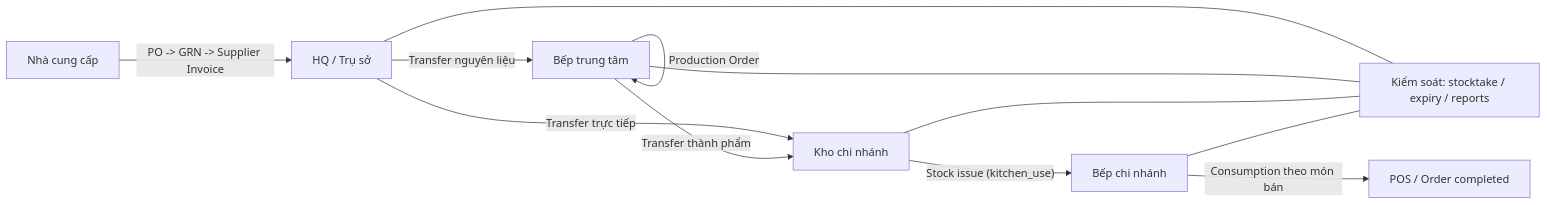
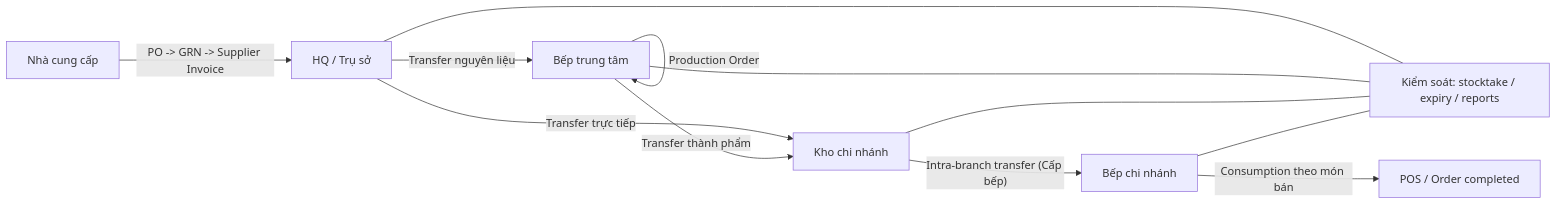
One commit to comtammatu/comtammatu changed the first of 11 diagrams in docs/worklog/inventory/inventory-ux-workflow-review.md. Above: the diagram before and after it, drawn with Mermaid. The commit also changed other lines of this file and 18 other files, not shown here.

````diff
--- a/docs/worklog/inventory/inventory-ux-workflow-review.md
+++ b/docs/worklog/inventory/inventory-ux-workflow-review.md
@@ -41,23 +41,23 @@
 ```mermaid
 flowchart LR
     SUP["Nhà cung cấp"]
     HQ["HQ / Trụ sở"]
     CK["Bếp trung tâm"]
     BW["Kho chi nhánh"]
     BK["Bếp chi nhánh"]
     POS["POS / Order completed"]
     CTRL["Kiểm soát: stocktake / expiry / reports"]
 
     SUP -->|"PO -> GRN -> Supplier Invoice"| HQ
     HQ -->|"Transfer nguyên liệu"| CK
     HQ -->|"Transfer trực tiếp"| BW
     CK -->|"Production Order"| CK
     CK -->|"Transfer thành phẩm"| BW
-    BW -->|"Stock issue (kitchen_use)"| BK
+    BW -->|"Intra-branch transfer (Cấp bếp)"| BK
     BK -->|"Consumption theo món bán"| POS
 
     HQ --- CTRL
     CK --- CTRL
     BW --- CTRL
     BK --- CTRL
 ```
````
